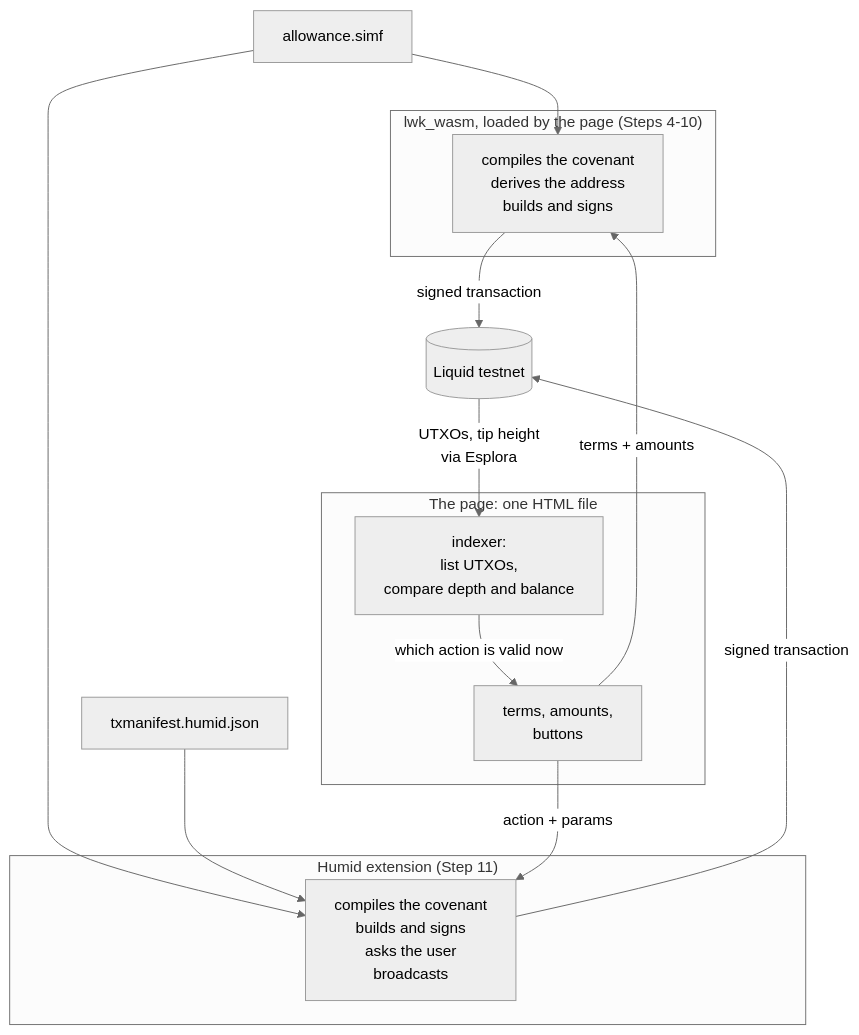
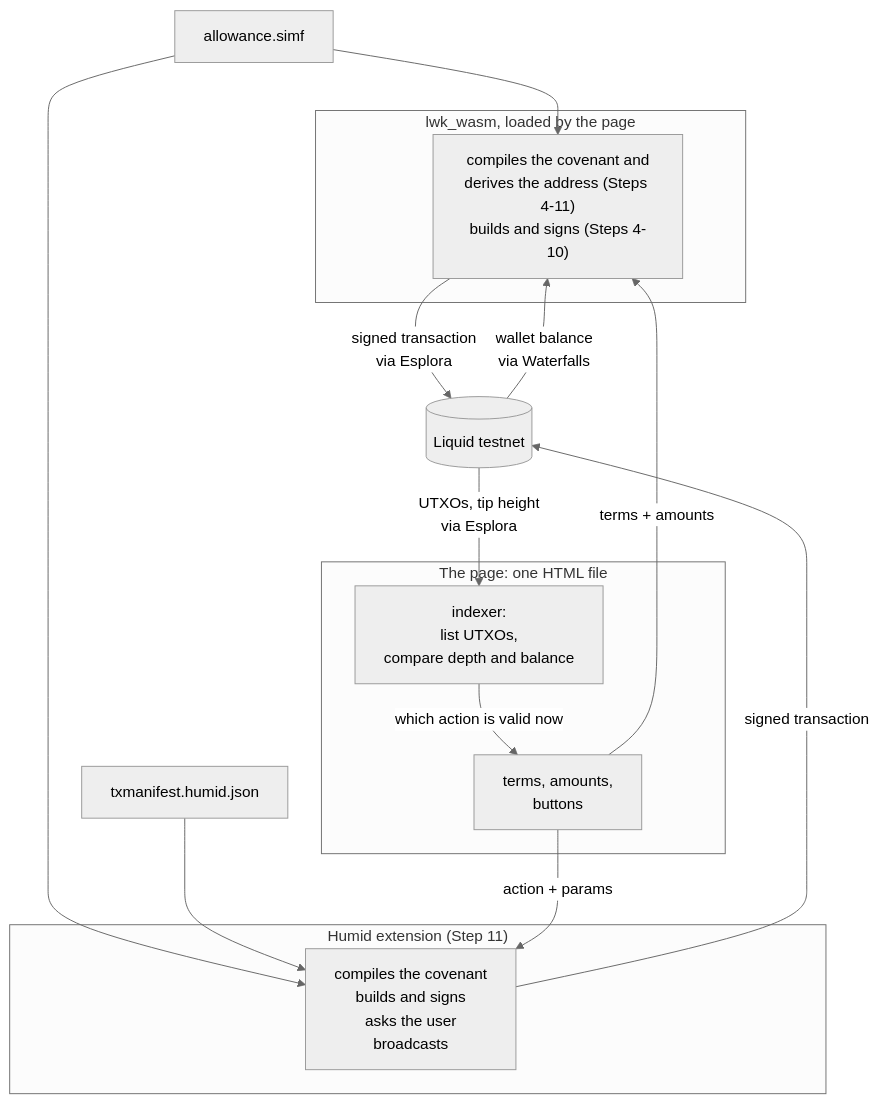
The first of 2 diagrams in allowance-web/HOWTO.md (BlockstreamResearch/simplicity-demo), drawn with Mermaid (neutral theme) before and after one commit. The commit also changed other lines of this file and 12 other files, not shown here.

````diff
--- a/allowance-web/HOWTO.md
+++ b/allowance-web/HOWTO.md
@@ -37,25 +23,26 @@
 ```mermaid
 flowchart TD
   source["allowance.simf"]
   manifest["txmanifest.humid.json"]
   subgraph page["The page: one HTML file"]
     form["terms, amounts,<br/>buttons"]
     index["indexer:<br/>list UTXOs,<br/>compare depth and balance"]
   end
-  subgraph lib["lwk_wasm, loaded by the page (Steps 4-10)"]
-    l["compiles the covenant<br/>derives the address<br/>builds and signs"]
+  subgraph lib["lwk_wasm, loaded by the page"]
+    l["compiles the covenant and<br/>derives the address (Steps 4-11)<br/>builds and signs (Steps 4-10)"]
   end
   subgraph wallet["Humid extension (Step 11)"]
     w["compiles the covenant<br/>builds and signs<br/>asks the user<br/>broadcasts"]
   end
   chain[("Liquid testnet")]
   source --> l
   source --> w
   manifest --> w
   form -->|"terms + amounts"| l
   form -->|"action + params"| w
-  l -->|"signed transaction"| chain
+  l -->|"signed transaction<br/>via Esplora"| chain
   w -->|"signed transaction"| chain
   chain -->|"UTXOs, tip height<br/>via Esplora"| index
+  chain -->|"wallet balance<br/>via Waterfalls"| l
   index -->|"which action is valid now"| form
 ```
````
